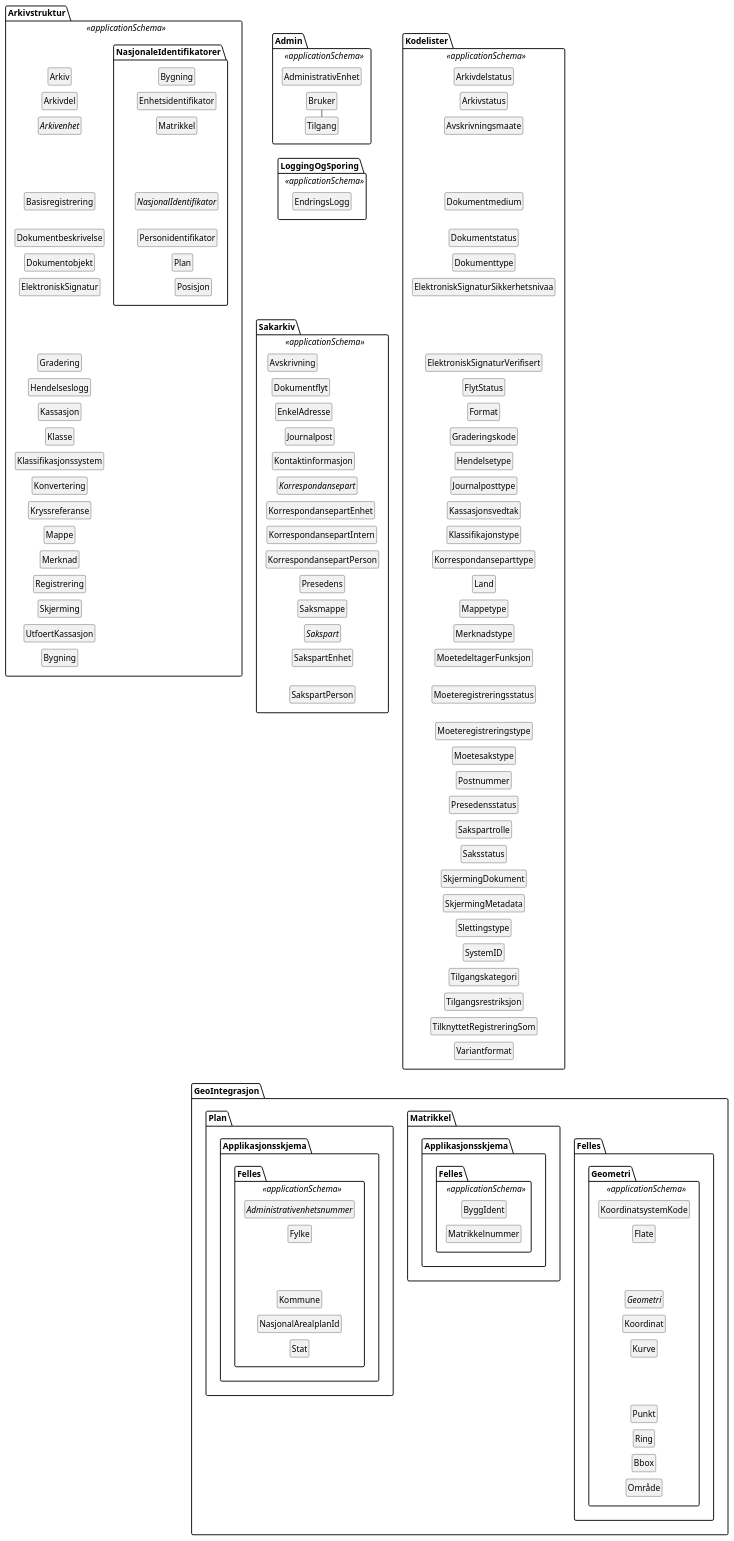
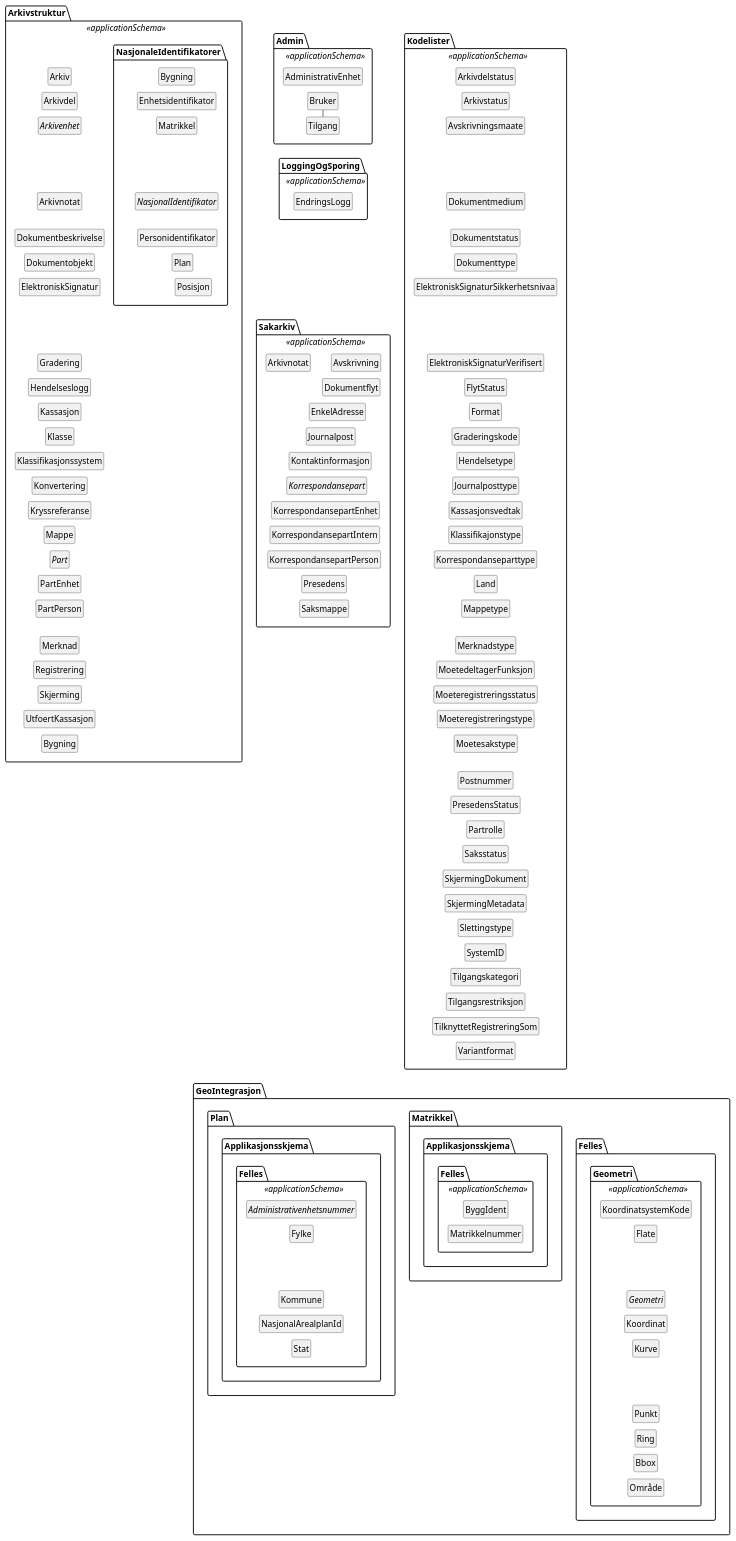
One commit to arkivverket/noark5-tjenestegrensesnitt-standard changed the diagram in kapitler/media/uml-pakker-og-tilhoerende-klasser.puml. Above: the diagram before and after it, drawn with PlantUML. The commit also changed 33 other files, not shown here.

```diff
--- a/kapitler/media/uml-pakker-og-tilhoerende-klasser.puml
+++ b/kapitler/media/uml-pakker-og-tilhoerende-klasser.puml
@@ -7,7 +7,6 @@
   class Arkiv
   class Arkivdel
   abstract class Arkivenhet
-  class Basisregistrering
   class Dokumentbeskrivelse
   class Dokumentobjekt
   class ElektroniskSignatur
@@ -19,6 +18,9 @@
   class Konvertering
   class Kryssreferanse
   class Mappe
+  abstract class Part
+  class PartEnhet
+  class PartPerson
   class Merknad
   class Registrering
   class Skjerming
@@ -26,8 +28,8 @@
 
   Arkiv -[hidden]- Arkivdel
   Arkivdel -[hidden]- Arkivenhet
-  Arkivenhet -[hidden]-  Basisregistrering
-  Basisregistrering -[hidden]-  Dokumentbeskrivelse
+  Arkivenhet -[hidden]- Arkivnotat
+  Arkivnotat -[hidden]- Dokumentbeskrivelse
   Dokumentbeskrivelse -[hidden]-  Dokumentobjekt
   Dokumentobjekt -[hidden]-  ElektroniskSignatur
   ElektroniskSignatur -[hidden]-  Gradering
@@ -38,7 +40,10 @@
   Klassifikasjonssystem -[hidden]-  Konvertering
   Konvertering -[hidden]-  Kryssreferanse
   Kryssreferanse -[hidden]-  Mappe
-  Mappe -[hidden]-  Merknad
+  Mappe -[hidden]- Part
+  Part -[hidden]- PartEnhet
+  PartEnhet -[hidden]- PartPerson
+  PartPerson -[hidden]- Merknad
   Merknad -[hidden]-  Registrering
   Registrering -[hidden]-  Skjerming
   Skjerming -[hidden]-  UtfoertKassasjon
@@ -65,6 +70,7 @@
   class Avskrivning
   class Dokumentflyt
   class EnkelAdresse
+  class Arkivnotat
   class Journalpost
   class Kontaktinformasjon
   abstract class Korrespondansepart
@@ -73,9 +79,6 @@
   class KorrespondansepartPerson
   class Presedens
   class Saksmappe
-  abstract class Sakspart
-  class SakspartEnhet
-  class SakspartPerson
 
   Posisjon -[hidden]- Avskrivning
   Avskrivning -[hidden]- Dokumentflyt
@@ -88,9 +91,6 @@
   KorrespondansepartIntern -[hidden]- KorrespondansepartPerson
   KorrespondansepartPerson -[hidden]- Presedens
   Presedens -[hidden]- Saksmappe
-  Saksmappe -[hidden]- Sakspart
-  Sakspart -[hidden]- SakspartEnhet
-  SakspartEnhet -[hidden]- SakspartPerson
 }
 package Admin <<applicationSchema>> {
   class AdministrativEnhet
@@ -130,8 +130,8 @@
   class Moeteregistreringstype
   class Moetesakstype
   class Postnummer
-  class Presedensstatus
-  class Sakspartrolle
+  class PresedensStatus
+  class Partrolle
   class Saksstatus
   class SkjermingDokument
   class SkjermingMetadata
@@ -165,9 +165,9 @@
   Moeteregistreringsstatus -[hidden]- Moeteregistreringstype
   Moeteregistreringstype -[hidden]- Moetesakstype
   Moetesakstype -[hidden]- Postnummer
-  Postnummer -[hidden]- Presedensstatus
-  Presedensstatus -[hidden]- Sakspartrolle
-  Sakspartrolle -[hidden]- Saksstatus
+  Postnummer -[hidden]- PresedensStatus
+  PresedensStatus -[hidden]- Partrolle
+  Partrolle -[hidden]- Saksstatus
   Saksstatus -[hidden]- SkjermingDokument
   SkjermingDokument -[hidden]- SkjermingMetadata
   SkjermingMetadata -[hidden]- Slettingstype
```
